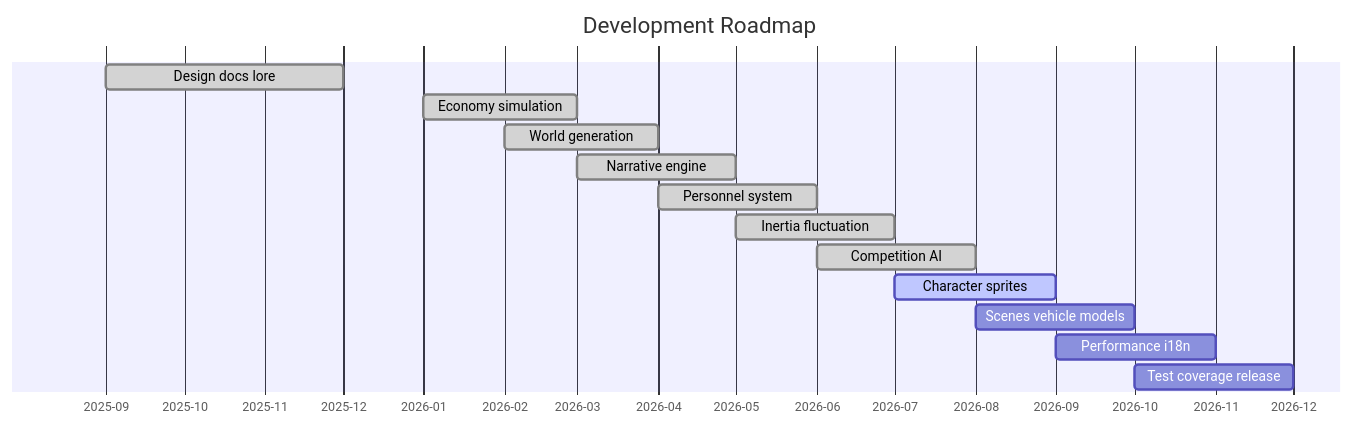
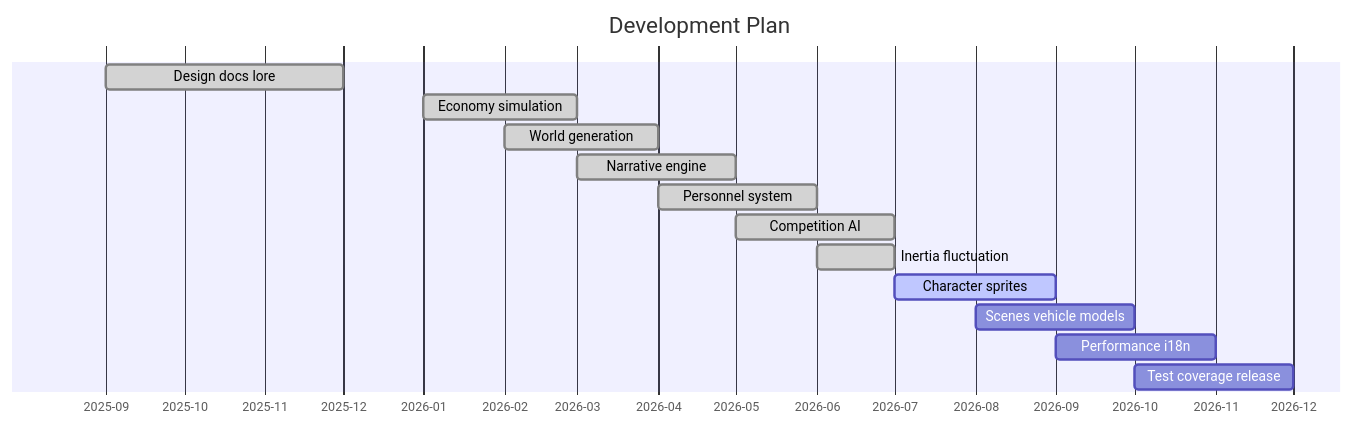
Before and after one commit to NMDX0721/RailwayRenaissance: the seventh of 8 diagrams in README.md, drawn with Mermaid. The commit also changed other lines of this file, not shown here.

Commit message:
docs: sync EN/CN section order - swap Documentation and AI-Native Modding, fix crew opening, fix gantt order

````diff
--- a/README.md
+++ b/README.md
@@ -618,17 +618,17 @@
 ```mermaid
 gantt
-    title Development Roadmap
+    title Development Plan
     dateFormat  YYYY-MM
     axisFormat  %Y-%m
     Design docs lore          :done, 2025-09, 2025-12
     Economy simulation        :done, 2026-01, 2026-03
     World generation          :done, 2026-02, 2026-04
     Narrative engine          :done, 2026-03, 2026-05
     Personnel system          :done, 2026-04, 2026-06
-    Inertia fluctuation       :done, 2026-05, 2026-07
-    Competition AI            :done, 2026-06, 2026-08
+    Competition AI            :done, 2026-05, 2026-07
+    Inertia fluctuation       :done, 2026-06, 2026-07
     Character sprites         :active, 2026-07, 2026-09
     Scenes vehicle models     :2026-08, 2026-10
     Performance i18n          :2026-09, 2026-11
     Test coverage release     :2026-10, 2026-12
 ```
````
